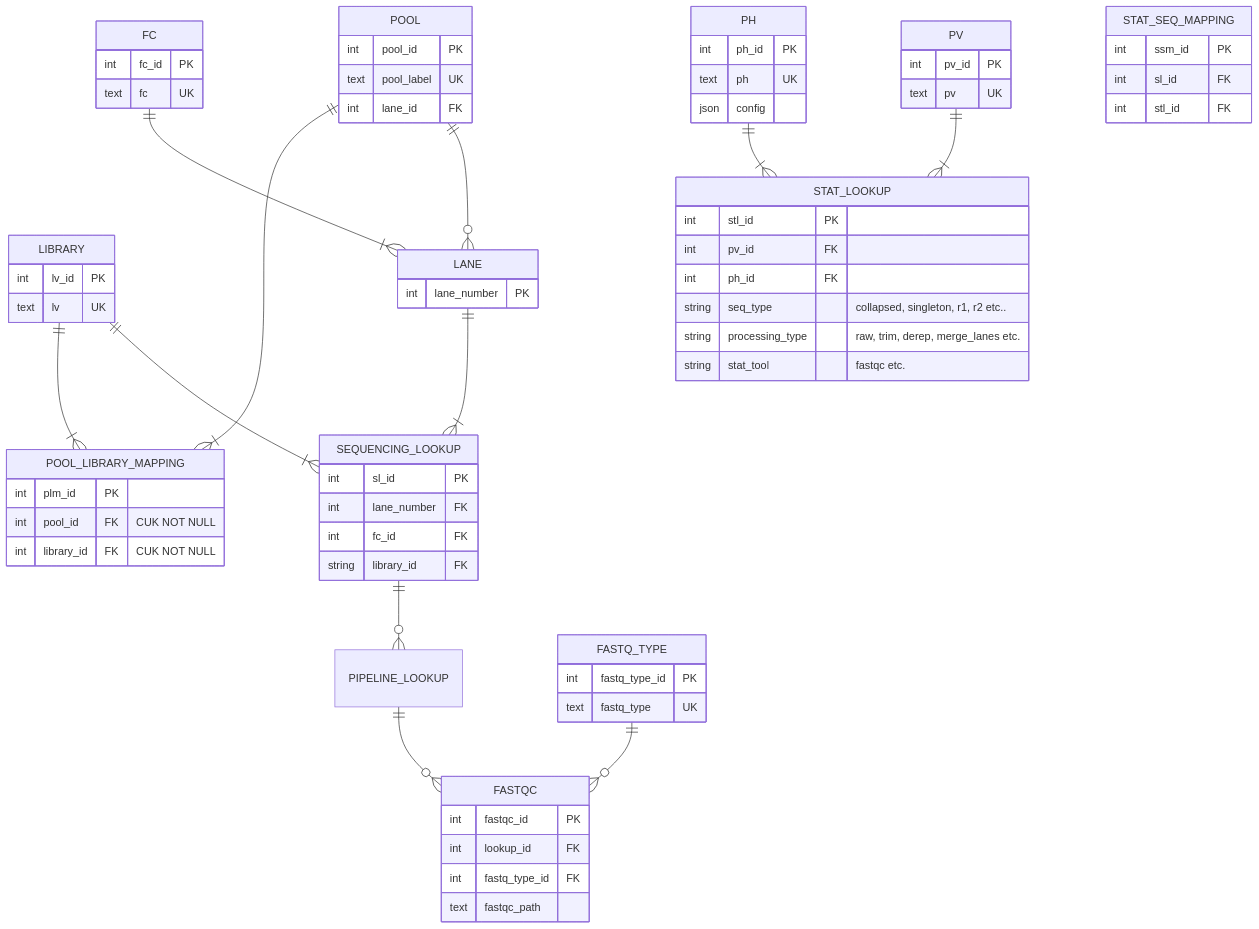
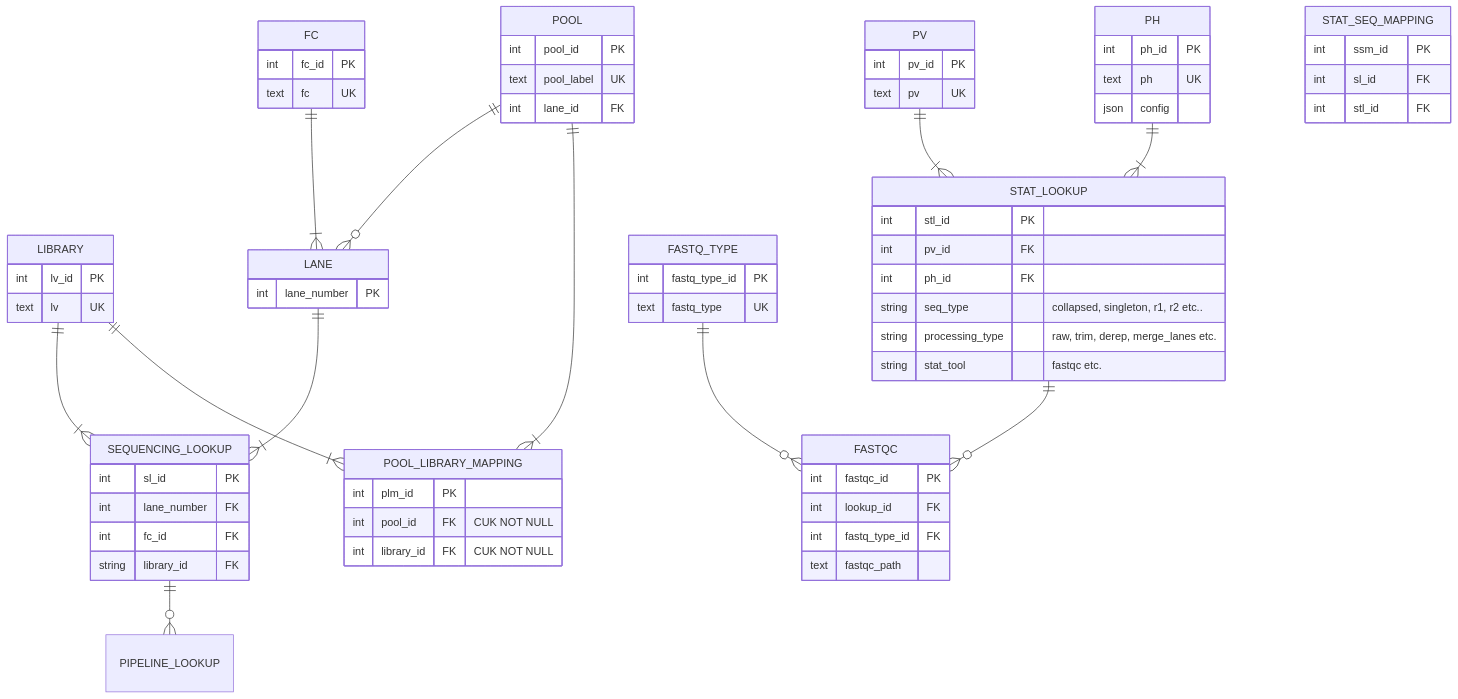
One commit to GeoGenetics/qc-parser changed the diagram in diagrams/main diagrams/partly normalized.md. Above: the diagram before and after it, drawn with Mermaid.

Commit message:
Update partly normalized.md

```diff
--- a/diagrams/main diagrams/partly normalized.md
+++ b/diagrams/main diagrams/partly normalized.md
@@ -10,7 +10,7 @@
     LIBRARY ||--|{ POOL_LIBRARY_MAPPING : ""
     
 
-    PIPELINE_LOOKUP ||--o{ FASTQC : ""
+    STAT_LOOKUP ||--o{ FASTQC : ""
     FASTQ_TYPE ||--o{ FASTQC : ""
 
     SEQUENCING_LOOKUP ||--o{ PIPELINE_LOOKUP : ""
```
